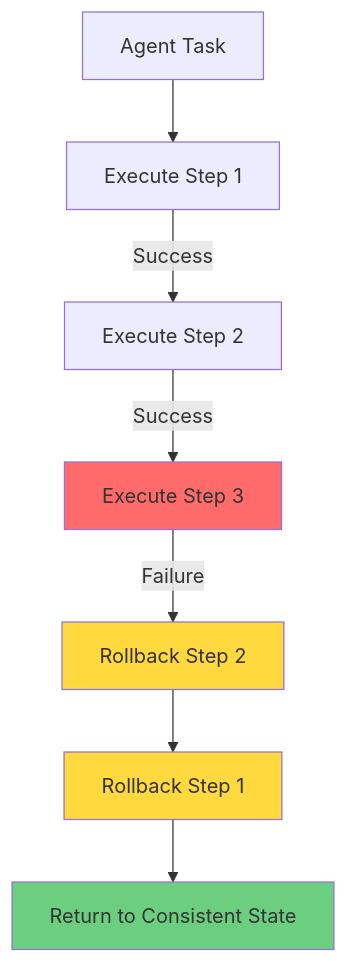
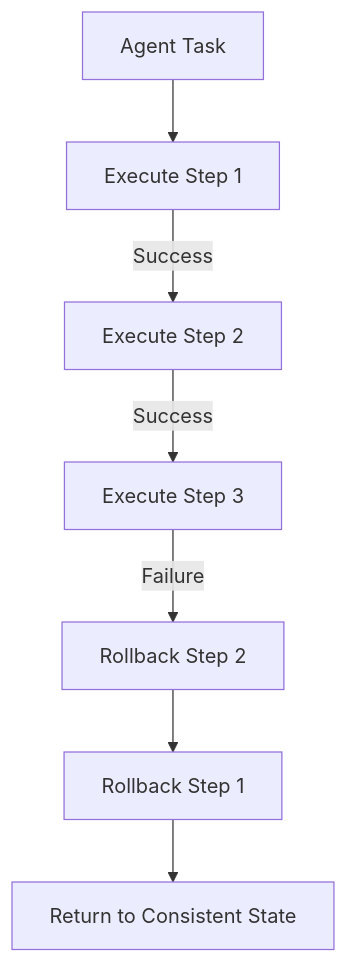
One commit to hadywalied/agenthelm changed the diagram in README.md. Above: the diagram before and after it, drawn with Mermaid.

Commit message:
update the readme mermaid

````diff
--- a/README.md
+++ b/README.md
@@ -258,13 +258,11 @@
 ```mermaid
+
 graph TD
     A[Agent Task] --> B[Execute Step 1]
     B -->|Success| C[Execute Step 2]
     C -->|Success| D[Execute Step 3]
     D -->|Failure| E[Rollback Step 2]
     E --> F[Rollback Step 1]
     F --> G[Return to Consistent State]
-    style D fill: #ff6b6b
-    style E fill: #ffd93d
-    style F fill: #ffd93d
-    style G fill: #6bcf7f
+
 ```
````
